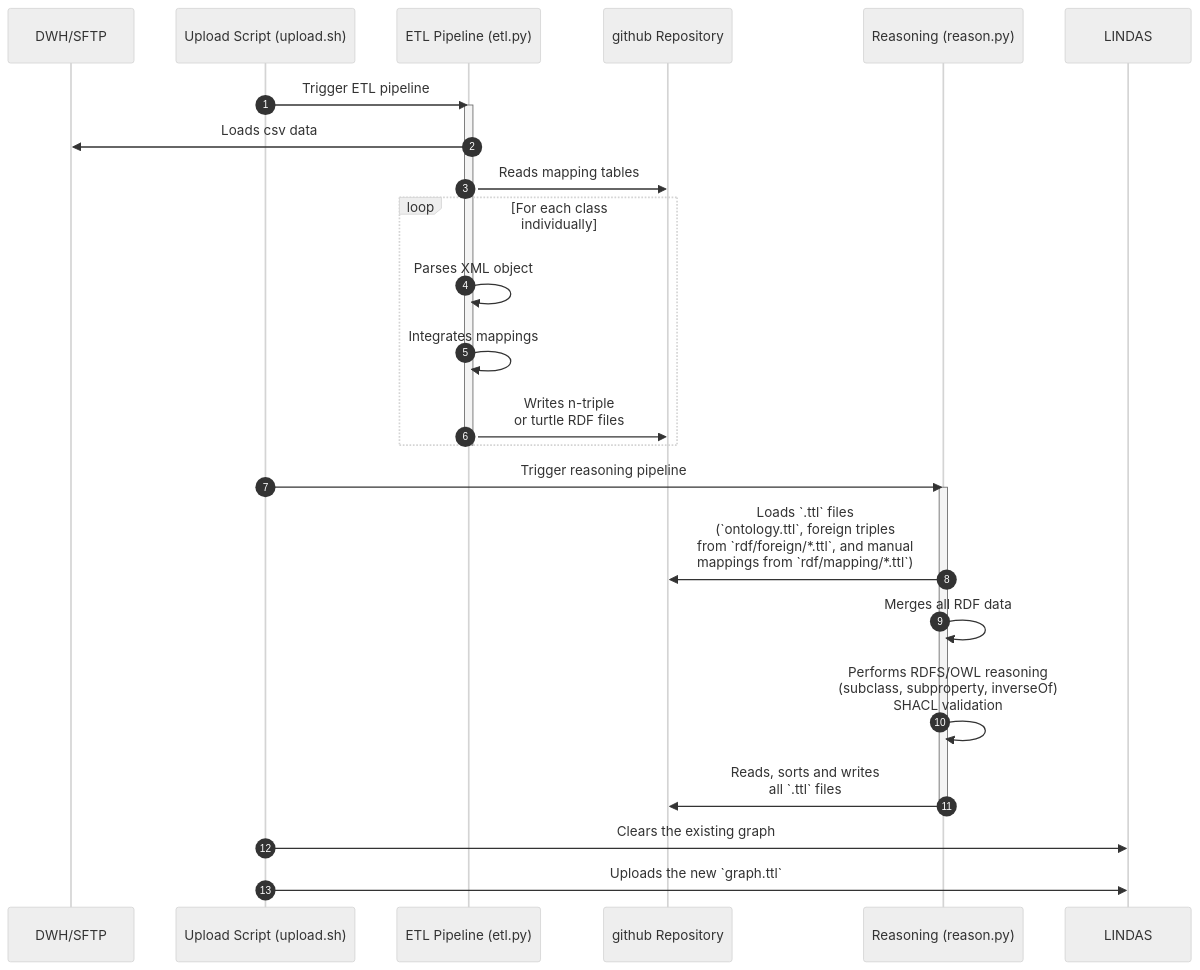
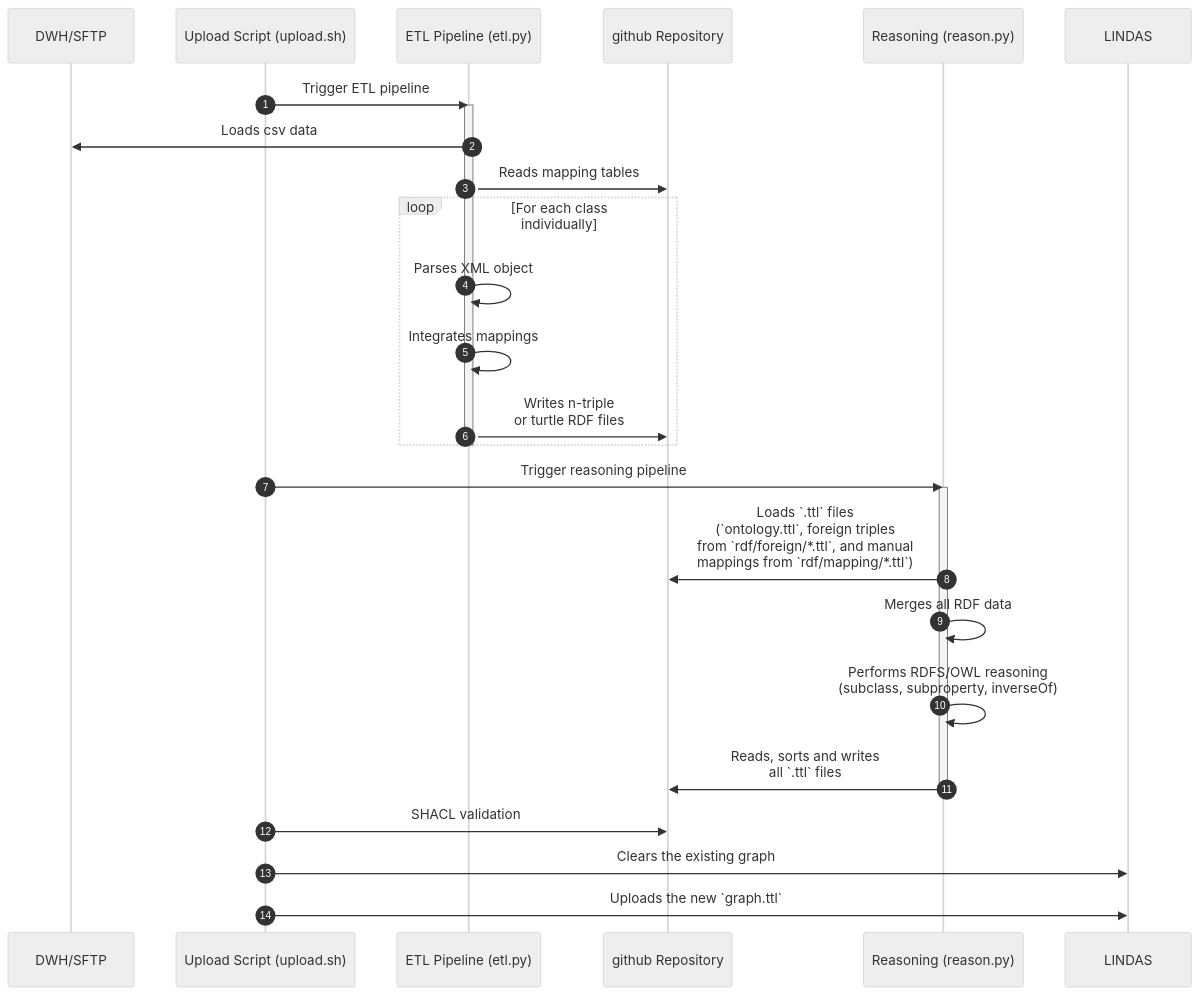
One commit to BLV-OSAV-USAV/PSMV-RDF changed the diagram in Sequence_Diagram.md. Above: the diagram before and after it, drawn with Mermaid (neutral theme).

````diff
--- a/Sequence_Diagram.md
+++ b/Sequence_Diagram.md
@@ -1,35 +1,36 @@
 ```mermaid
 sequenceDiagram
 
     autonumber
 
     participant FSVO as DWH/SFTP
     participant UploadScript as Upload Script (upload.sh)
     participant ETL_Pipeline as ETL Pipeline (etl.py)
     participant Repo as github Repository
     participant ReasoningScript as Reasoning (reason.py)
     participant LINDAS as LINDAS
 
     UploadScript->>ETL_Pipeline: Trigger ETL pipeline
 
     activate ETL_Pipeline
         ETL_Pipeline->>FSVO: Loads csv data
         ETL_Pipeline->>Repo: Reads mapping tables
         loop For each class individually
             ETL_Pipeline->>ETL_Pipeline: Parses XML object
             ETL_Pipeline->>ETL_Pipeline: Integrates mappings
             ETL_Pipeline->>Repo: Writes n-triple<br>or turtle RDF files
         end
     deactivate ETL_Pipeline
 
     UploadScript->>ReasoningScript: Trigger reasoning pipeline
     activate ReasoningScript
         ReasoningScript->>Repo: Loads `.ttl` files<br>(`ontology.ttl`, foreign triples<br>from `rdf/foreign/*.ttl`, and manual<br>mappings from `rdf/mapping/*.ttl`)
         ReasoningScript->>ReasoningScript: Merges all RDF data
-        ReasoningScript->>ReasoningScript: Performs RDFS/OWL reasoning<br>(subclass, subproperty, inverseOf)<br>SHACL validation
+        ReasoningScript->>ReasoningScript: Performs RDFS/OWL reasoning<br>(subclass, subproperty, inverseOf)
         ReasoningScript->>Repo: Reads, sorts and writes<br>all `.ttl` files
     deactivate ReasoningScript
 
+    UploadScript->>Repo: SHACL validation
     UploadScript->>LINDAS: Clears the existing graph
     UploadScript->>LINDAS: Uploads the new `graph.ttl`
 ```
````
